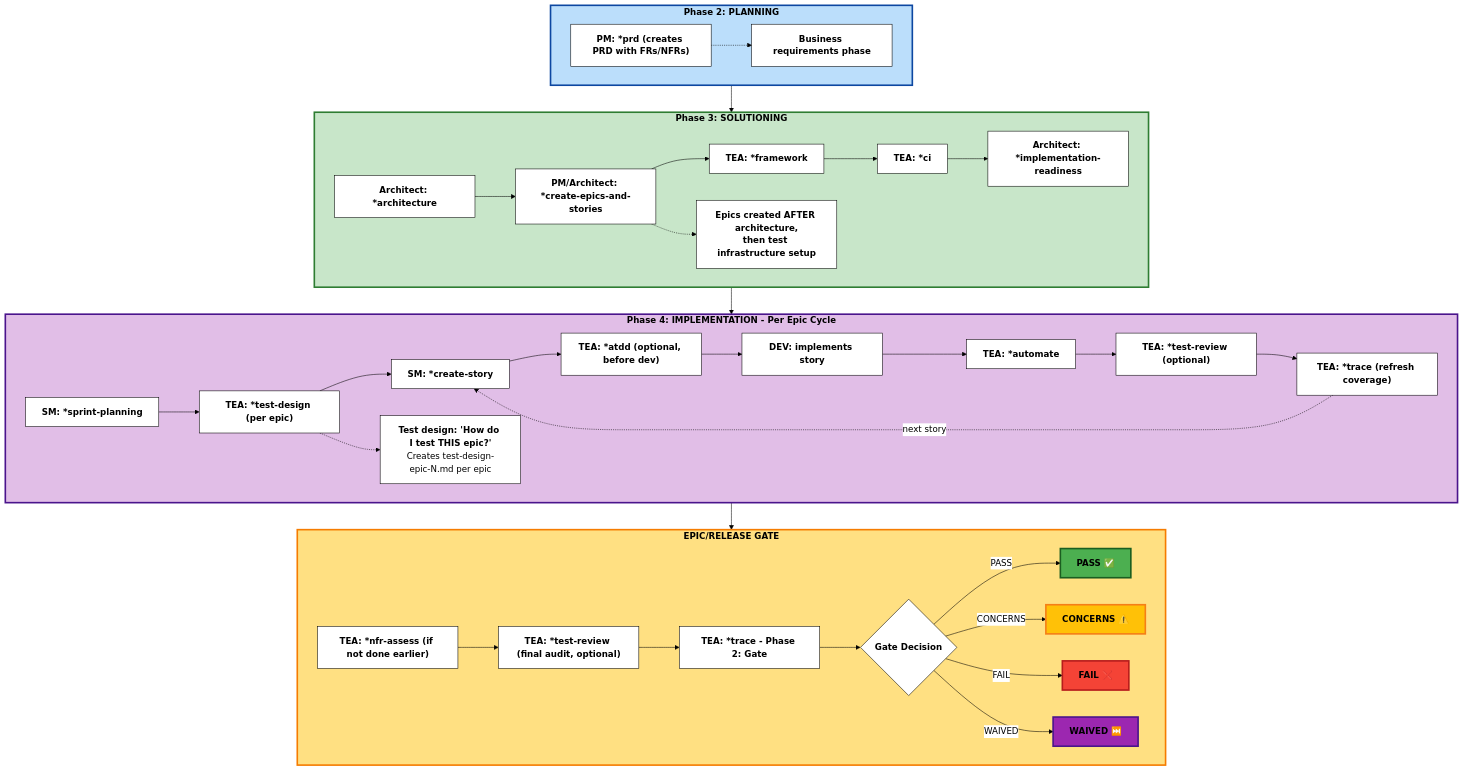
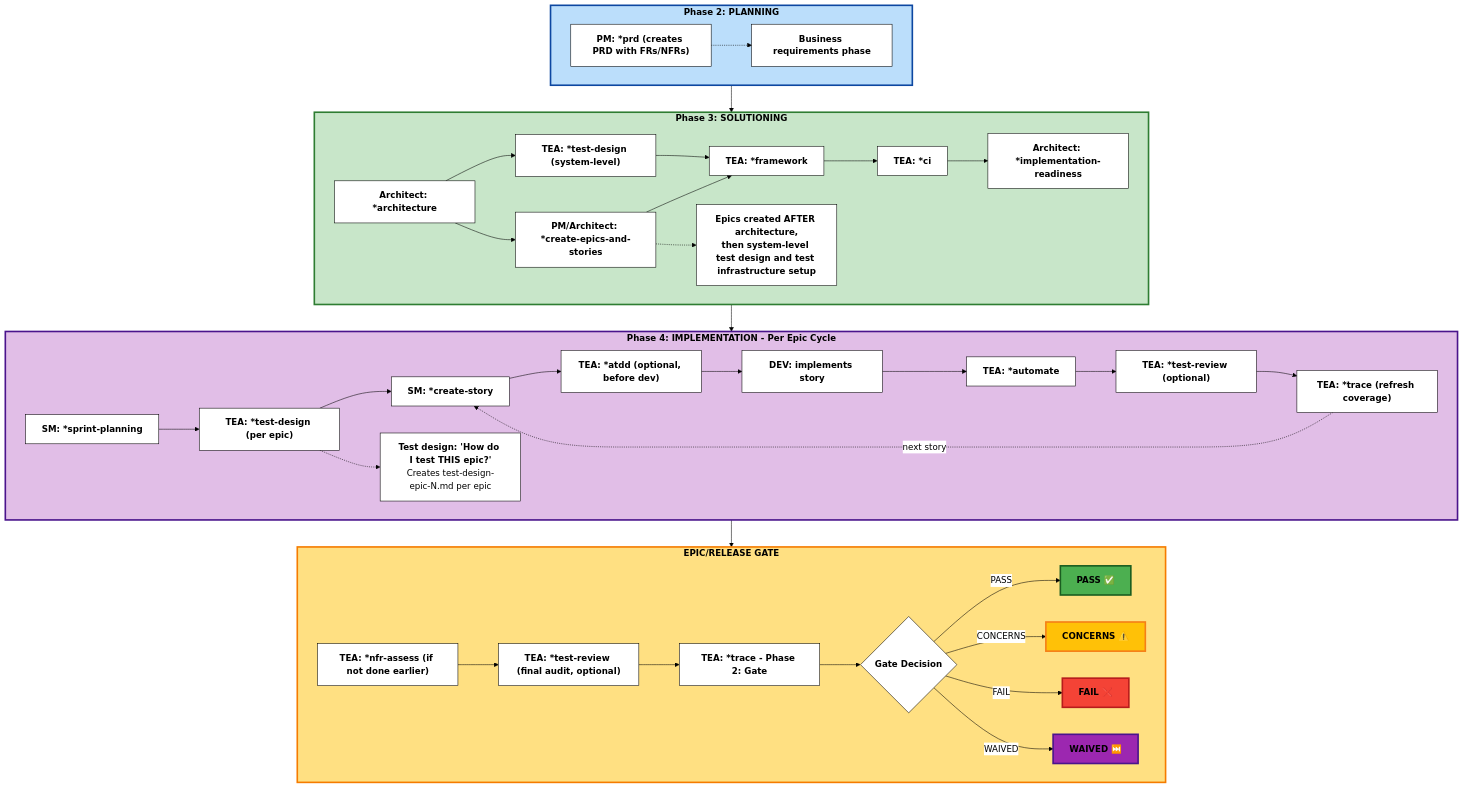
The diagram in bmad/bmm/docs/test-architecture.md (hoferino/manda-platform), drawn with Mermaid before and after one commit. The commit also changed other lines of this file and 795 other files, not shown here.

````diff
--- a/bmad/bmm/docs/test-architecture.md
+++ b/bmad/bmm/docs/test-architecture.md
@@ -17,73 +17,76 @@
 ```mermaid
 %%{init: {'theme':'base', 'themeVariables': { 'primaryColor':'#fff','primaryTextColor':'#000','primaryBorderColor':'#000','lineColor':'#000','secondaryColor':'#fff','tertiaryColor':'#fff','fontSize':'16px','fontFamily':'arial'}}}%%
 graph TB
     subgraph Phase2["<b>Phase 2: PLANNING</b>"]
         PM["<b>PM: *prd (creates PRD with FRs/NFRs)</b>"]
         PlanNote["<b>Business requirements phase</b>"]
         PM -.-> PlanNote
     end
 
     subgraph Phase3["<b>Phase 3: SOLUTIONING</b>"]
         Architecture["<b>Architect: *architecture</b>"]
         EpicsStories["<b>PM/Architect: *create-epics-and-stories</b>"]
+        TestDesignSys["<b>TEA: *test-design (system-level)</b>"]
         Framework["<b>TEA: *framework</b>"]
         CI["<b>TEA: *ci</b>"]
         GateCheck["<b>Architect: *implementation-readiness</b>"]
         Architecture --> EpicsStories
+        Architecture --> TestDesignSys
+        TestDesignSys --> Framework
         EpicsStories --> Framework
         Framework --> CI
         CI --> GateCheck
-        Phase3Note["<b>Epics created AFTER architecture,</b><br/><b>then test infrastructure setup</b>"]
+        Phase3Note["<b>Epics created AFTER architecture,</b><br/><b>then system-level test design and test infrastructure setup</b>"]
         EpicsStories -.-> Phase3Note
     end
 
     subgraph Phase4["<b>Phase 4: IMPLEMENTATION - Per Epic Cycle</b>"]
         SprintPlan["<b>SM: *sprint-planning</b>"]
         TestDesign["<b>TEA: *test-design (per epic)</b>"]
         CreateStory["<b>SM: *create-story</b>"]
         ATDD["<b>TEA: *atdd (optional, before dev)</b>"]
         DevImpl["<b>DEV: implements story</b>"]
         Automate["<b>TEA: *automate</b>"]
         TestReview1["<b>TEA: *test-review (optional)</b>"]
         Trace1["<b>TEA: *trace (refresh coverage)</b>"]
 
         SprintPlan --> TestDesign
         TestDesign --> CreateStory
         CreateStory --> ATDD
         ATDD --> DevImpl
         DevImpl --> Automate
         Automate --> TestReview1
         TestReview1 --> Trace1
         Trace1 -.->|next story| CreateStory
         TestDesignNote["<b>Test design: 'How do I test THIS epic?'</b><br/>Creates test-design-epic-N.md per epic"]
         TestDesign -.-> TestDesignNote
     end
 
     subgraph Gate["<b>EPIC/RELEASE GATE</b>"]
         NFR["<b>TEA: *nfr-assess (if not done earlier)</b>"]
         TestReview2["<b>TEA: *test-review (final audit, optional)</b>"]
         TraceGate["<b>TEA: *trace - Phase 2: Gate</b>"]
         GateDecision{"<b>Gate Decision</b>"}
 
         NFR --> TestReview2
         TestReview2 --> TraceGate
         TraceGate --> GateDecision
         GateDecision -->|PASS| Pass["<b>PASS ✅</b>"]
         GateDecision -->|CONCERNS| Concerns["<b>CONCERNS ⚠️</b>"]
         GateDecision -->|FAIL| Fail["<b>FAIL ❌</b>"]
         GateDecision -->|WAIVED| Waived["<b>WAIVED ⏭️</b>"]
     end
 
     Phase2 --> Phase3
     Phase3 --> Phase4
     Phase4 --> Gate
 
     style Phase2 fill:#bbdefb,stroke:#0d47a1,stroke-width:3px,color:#000
     style Phase3 fill:#c8e6c9,stroke:#2e7d32,stroke-width:3px,color:#000
     style Phase4 fill:#e1bee7,stroke:#4a148c,stroke-width:3px,color:#000
     style Gate fill:#ffe082,stroke:#f57c00,stroke-width:3px,color:#000
     style Pass fill:#4caf50,stroke:#1b5e20,stroke-width:3px,color:#000
     style Concerns fill:#ffc107,stroke:#f57f17,stroke-width:3px,color:#000
     style Fail fill:#f44336,stroke:#b71c1c,stroke-width:3px,color:#000
     style Waived fill:#9c27b0,stroke:#4a148c,stroke-width:3px,color:#000
 ```
````
